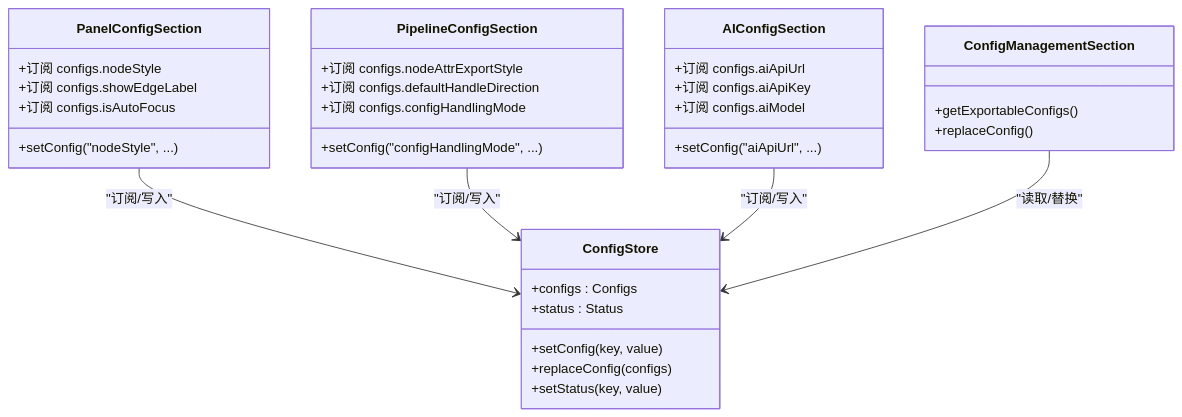
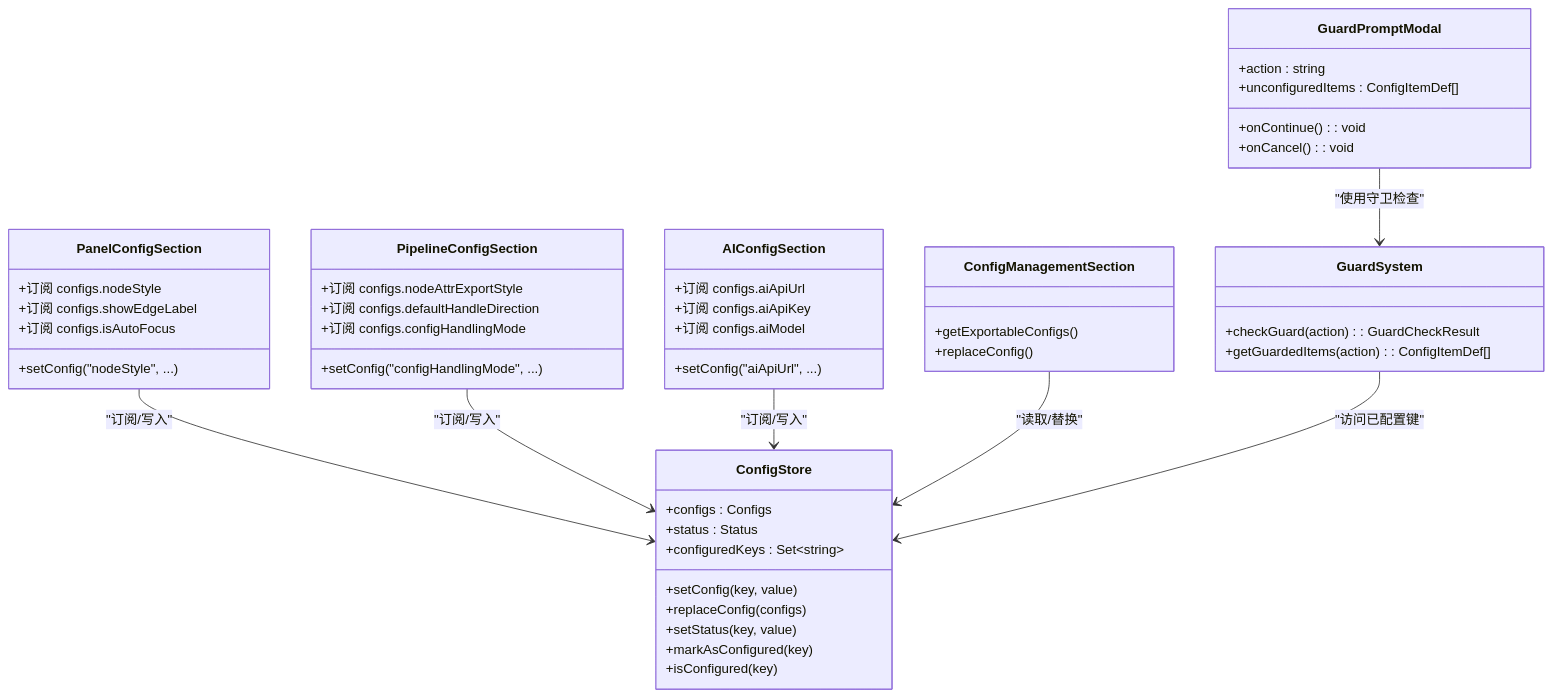
Before and after one commit to kqcoxn/MaaPipelineEditor: the fourth of 9 diagrams in .qoder/repowiki/zh/content/配置管理/前端配置系统.md, drawn with Mermaid. The commit also changed other lines of this file and 50 other files, not shown here.

````diff
--- a/.qoder/repowiki/zh/content/配置管理/前端配置系统.md
+++ b/.qoder/repowiki/zh/content/配置管理/前端配置系统.md
@@ -190,36 +221,51 @@
 ```mermaid
 classDiagram
 class ConfigStore {
 +configs : Configs
 +status : Status
 +setConfig(key, value)
 +replaceConfig(configs)
 +setStatus(key, value)
++configuredKeys : Set~string~
++markAsConfigured(key)
++isConfigured(key)
 }
 class PanelConfigSection {
 +订阅 configs.nodeStyle
 +订阅 configs.showEdgeLabel
 +订阅 configs.isAutoFocus
 +setConfig("nodeStyle", ...)
 }
 class PipelineConfigSection {
 +订阅 configs.nodeAttrExportStyle
 +订阅 configs.defaultHandleDirection
 +订阅 configs.configHandlingMode
 +setConfig("configHandlingMode", ...)
 }
 class AIConfigSection {
 +订阅 configs.aiApiUrl
 +订阅 configs.aiApiKey
 +订阅 configs.aiModel
 +setConfig("aiApiUrl", ...)
 }
 class ConfigManagementSection {
 +getExportableConfigs()
 +replaceConfig()
 }
+class GuardPromptModal {
++action : string
++unconfiguredItems : ConfigItemDef[]
++onContinue() : void
++onCancel() : void
+}
+class GuardSystem {
++checkGuard(action) : GuardCheckResult
++getGuardedItems(action) : ConfigItemDef[]
+}
 PanelConfigSection --> ConfigStore : "订阅/写入"
 PipelineConfigSection --> ConfigStore : "订阅/写入"
 AIConfigSection --> ConfigStore : "订阅/写入"
 ConfigManagementSection --> ConfigStore : "读取/替换"
+GuardPromptModal --> GuardSystem : "使用守卫检查"
+GuardSystem --> ConfigStore : "访问已配置键"
 ```
````
